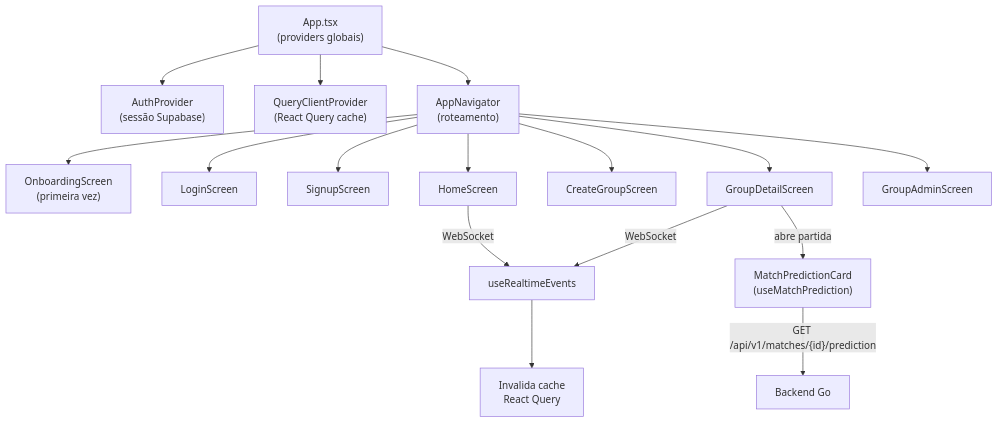
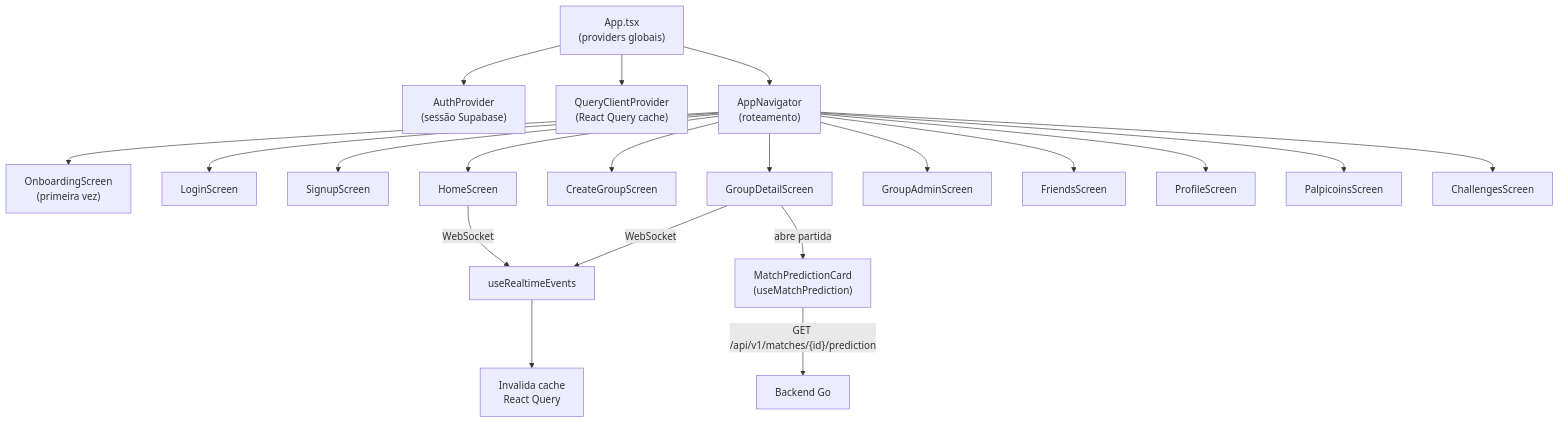
The first of 9 diagrams in docs/frontend/fluxo.md (GabrieleGVieira/palpite), drawn with Mermaid before and after one commit. The commit also changed other lines of this file and 49 other files, not shown here.

````diff
--- a/docs/frontend/fluxo.md
+++ b/docs/frontend/fluxo.md
@@ -9,26 +9,30 @@
 ```mermaid
 graph TD
     APP["App.tsx\n(providers globais)"]
     AUTH["AuthProvider\n(sessão Supabase)"]
     QCP["QueryClientProvider\n(React Query cache)"]
     NAV["AppNavigator\n(roteamento)"]
 
     APP --> QCP
     APP --> AUTH
     APP --> NAV
 
     NAV --> ONBOARD["OnboardingScreen\n(primeira vez)"]
     NAV --> LOGIN["LoginScreen"]
     NAV --> SIGNUP["SignupScreen"]
     NAV --> HOME["HomeScreen"]
     NAV --> CREATE["CreateGroupScreen"]
     NAV --> DETAIL["GroupDetailScreen"]
     NAV --> ADMIN["GroupAdminScreen"]
+    NAV --> FRIENDS["FriendsScreen"]
+    NAV --> PROFILE["ProfileScreen"]
+    NAV --> COINS["PalpicoinsScreen"]
+    NAV --> CHALLENGES["ChallengesScreen"]
 
     HOME -- "WebSocket" --> REALTIME["useRealtimeEvents"]
     DETAIL -- "WebSocket" --> REALTIME
     REALTIME --> CACHE["Invalida cache\nReact Query"]
 
     DETAIL -- "abre partida" --> PRED["MatchPredictionCard\n(useMatchPrediction)"]
     PRED -- "GET /api/v1/matches/{id}/prediction" --> BACKEND["Backend Go"]
 ```
````
